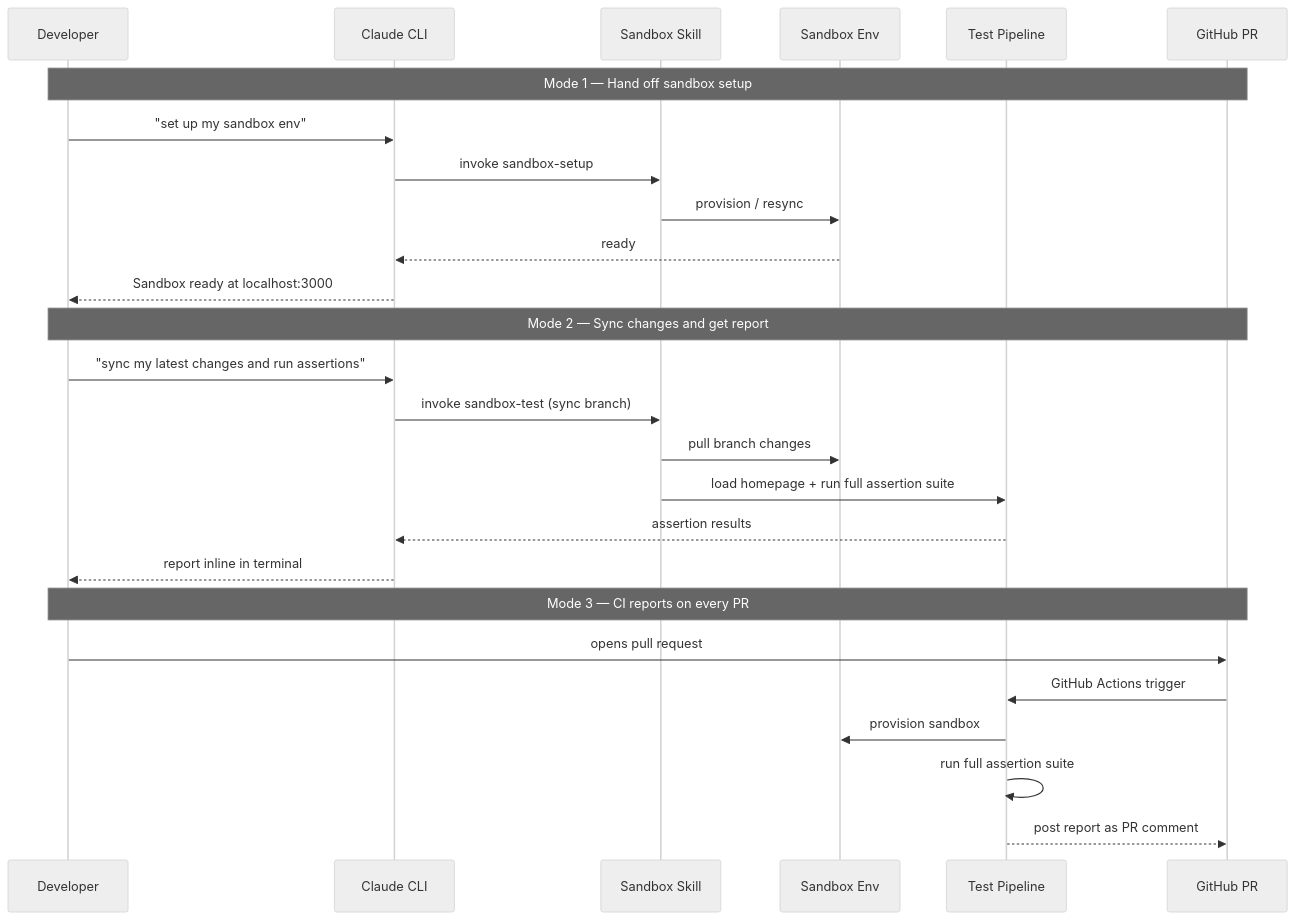
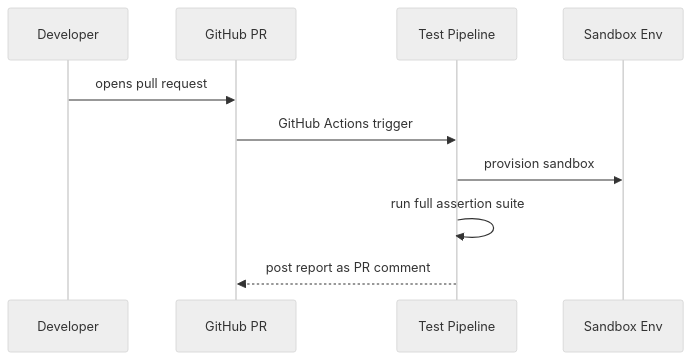
Before and after one commit to daniel-fonyo/dd-brain: the third of 3 diagrams in sandbox-e2e-testing/1-pager.md, drawn with Mermaid (neutral theme). The commit also changed other lines of this file and 9 other files, not shown here.

````diff
--- a/sandbox-e2e-testing/1-pager.md
+++ b/sandbox-e2e-testing/1-pager.md
@@ -169,31 +120,13 @@
 ```mermaid
 sequenceDiagram
     participant Dev as Developer
-    participant CLI as Claude CLI
-    participant Skill as Sandbox Skill
+    participant PR as GitHub PR
+    participant Pipeline as Test Pipeline
     participant Env as Sandbox Env
-    participant Pipeline as Test Pipeline
-    participant PR as GitHub PR
 
-    Note over Dev,PR: Mode 1 — Hand off sandbox setup
-    Dev->>CLI: "set up my sandbox env"
-    CLI->>Skill: invoke sandbox-setup
-    Skill->>Env: provision / resync
-    Env-->>CLI: ready
-    CLI-->>Dev: Sandbox ready at localhost:3000
-
-    Note over Dev,PR: Mode 2 — Sync changes and get report
-    Dev->>CLI: "sync my latest changes and run assertions"
-    CLI->>Skill: invoke sandbox-test (sync branch)
-    Skill->>Env: pull branch changes
-    Skill->>Pipeline: load homepage + run full assertion suite
-    Pipeline-->>CLI: assertion results
-    CLI-->>Dev: report inline in terminal
-
-    Note over Dev,PR: Mode 3 — CI reports on every PR
     Dev->>PR: opens pull request
     PR->>Pipeline: GitHub Actions trigger
     Pipeline->>Env: provision sandbox
     Pipeline->>Pipeline: run full assertion suite
     Pipeline-->>PR: post report as PR comment
 ```
````
